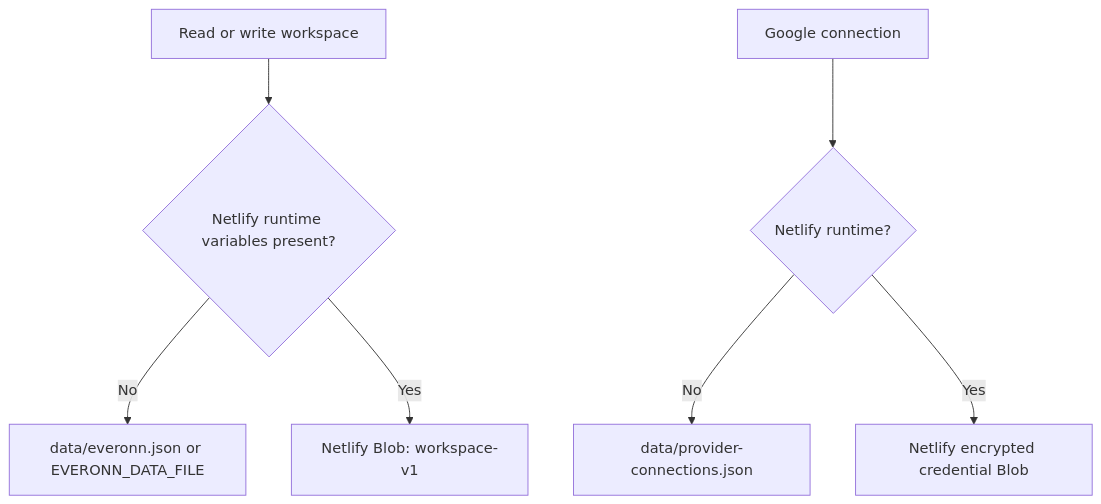
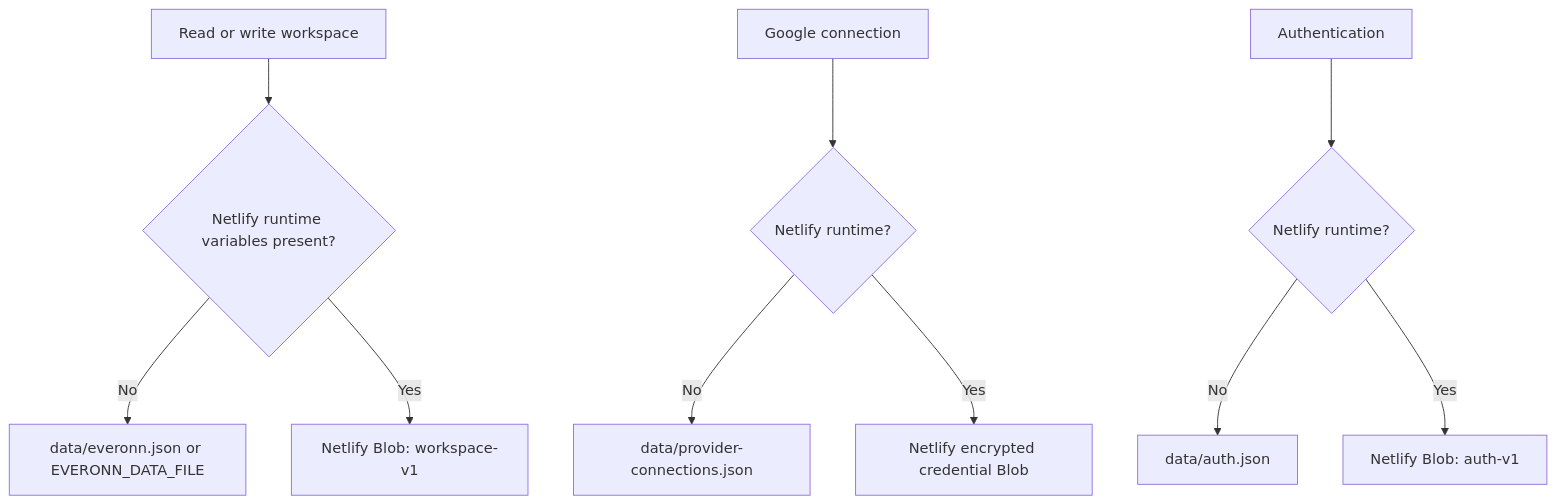
The second of 7 diagrams in PROJECT_DATA_FLOW.md (tinitiateprime/everonnai), drawn with Mermaid before and after one commit. The commit also changed other lines of this file and 40 other files, not shown here.

Commit message:
Add JSON-backed authentication and RBAC

````diff
--- a/PROJECT_DATA_FLOW.md
+++ b/PROJECT_DATA_FLOW.md
@@ -49,9 +52,12 @@
 ```mermaid
 flowchart TD
   Request[Read or write workspace] --> Runtime{Netlify runtime variables present?}
   Runtime -- No --> File[data/everonn.json or EVERONN_DATA_FILE]
   Runtime -- Yes --> Blob[Netlify Blob: workspace-v1]
   Google[Google connection] --> CredRuntime{Netlify runtime?}
   CredRuntime -- No --> EncryptedFile[data/provider-connections.json]
   CredRuntime -- Yes --> EncryptedBlob[Netlify encrypted credential Blob]
+  Auth[Authentication] --> AuthRuntime{Netlify runtime?}
+  AuthRuntime -- No --> AuthFile[data/auth.json]
+  AuthRuntime -- Yes --> AuthBlob[Netlify Blob: auth-v1]
 ```
````
